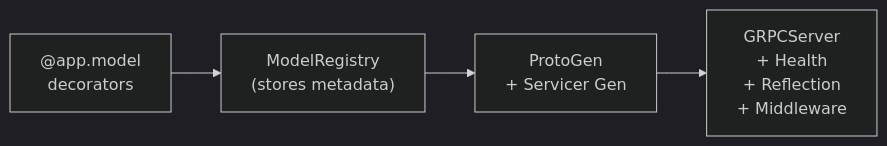
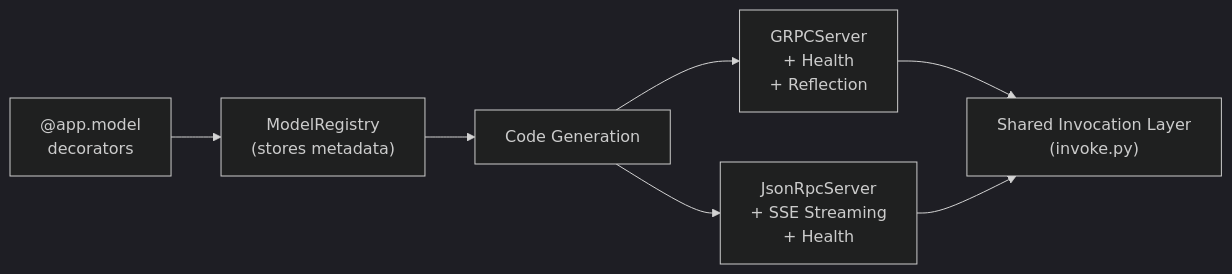
One commit to Ifihan/blazerpc changed the diagram in docs/architecture.md. Above: the diagram before and after it, drawn with Mermaid (dark theme). The commit also changed other lines of this file and 31 other files, not shown here.

First line of the commit message:
feat: implemented json-rpc (#18)

````diff
--- a/docs/architecture.md
+++ b/docs/architecture.md
@@ -9,6 +9,9 @@
 ```mermaid
 flowchart LR
     A["@app.model\ndecorators"] --> B["ModelRegistry\n(stores metadata)"]
-    B --> C["ProtoGen\n+ Servicer Gen"]
-    C --> D["GRPCServer\n+ Health\n+ Reflection\n+ Middleware"]
+    B --> C["Code Generation"]
+    C --> D["GRPCServer\n+ Health\n+ Reflection"]
+    C --> E["JsonRpcServer\n+ SSE Streaming\n+ Health"]
+    D --> F["Shared Invocation Layer\n(invoke.py)"]
+    E --> F
 ```
````
